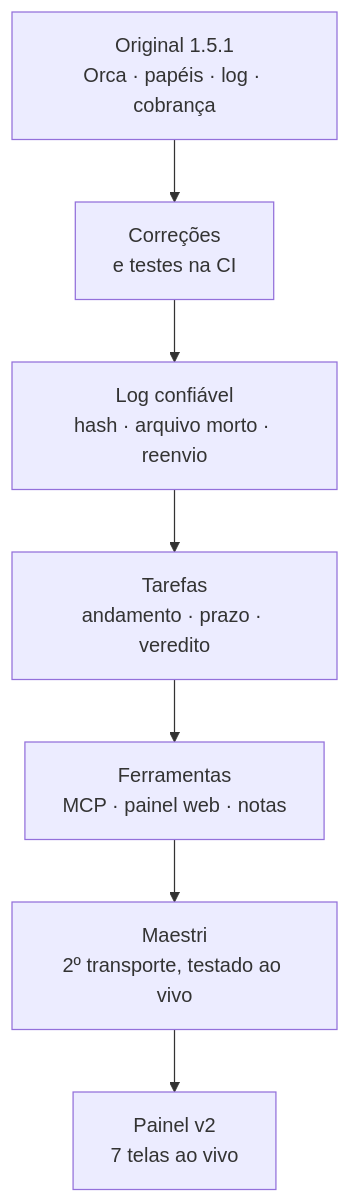
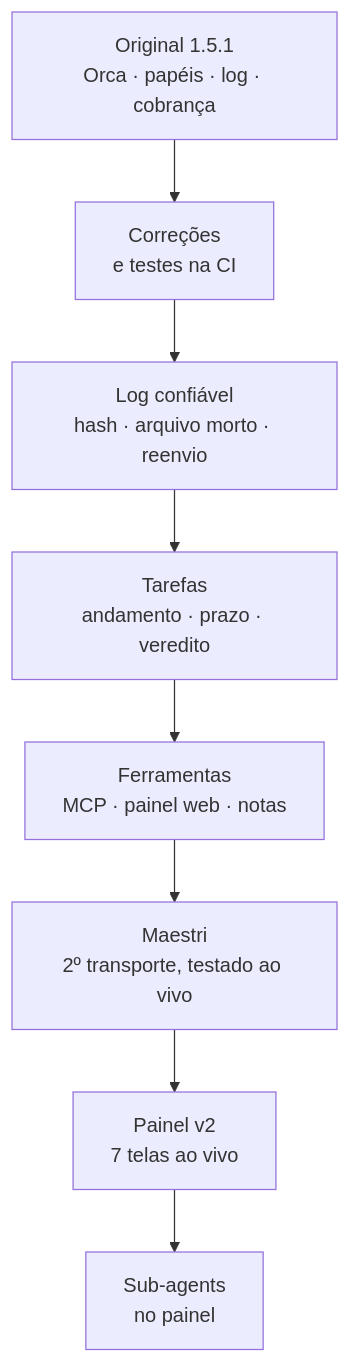
Before and after one commit to BFLabsAI/agent-board: the second of 2 diagrams in README.md, drawn with Mermaid. The commit also changed other lines of this file and 12 other files, not shown here.

Commit message:
docs: sub-agents no painel e release 1.12.0 (#20)

````diff
--- a/README.md
+++ b/README.md
@@ -84,9 +84,10 @@
 ```mermaid
 flowchart TB
     O["Original 1.5.1<br/>Orca · papéis · log · cobrança"] --> F0["Correções<br/>e testes na CI"]
     F0 --> F1["Log confiável<br/>hash · arquivo morto · reenvio"]
     F1 --> F2["Tarefas<br/>andamento · prazo · veredito"]
     F2 --> F3["Ferramentas<br/>MCP · painel web · notas"]
     F3 --> F4["Maestri<br/>2º transporte, testado ao vivo"]
     F4 --> F5["Painel v2<br/>7 telas ao vivo"]
+    F5 --> F6["Sub-agents<br/>no painel"]
 ```
````
